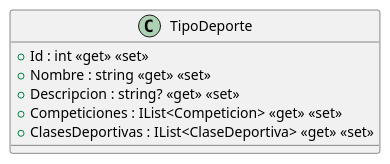
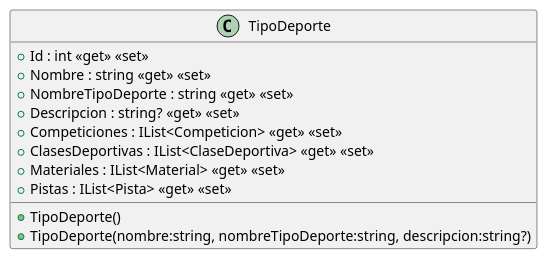
Before and after one commit to ISII26-27RJD/ISII2627-RDJ: the diagram in src/AppForSEII.API/ClassDiagram/TipoDeporte.puml, drawn with PlantUML. The commit also changed 16 other files, not shown here.

```diff
--- a/src/AppForSEII.API/ClassDiagram/TipoDeporte.puml
+++ b/src/AppForSEII.API/ClassDiagram/TipoDeporte.puml
@@ -1,9 +1,14 @@
 @startuml
 class TipoDeporte {
+    + TipoDeporte()
+    + TipoDeporte(nombre:string, nombreTipoDeporte:string, descripcion:string?)
     + Id : int <<get>> <<set>>
     + Nombre : string <<get>> <<set>>
+    + NombreTipoDeporte : string <<get>> <<set>>
     + Descripcion : string? <<get>> <<set>>
     + Competiciones : IList<Competicion> <<get>> <<set>>
     + ClasesDeportivas : IList<ClaseDeportiva> <<get>> <<set>>
+    + Materiales : IList<Material> <<get>> <<set>>
+    + Pistas : IList<Pista> <<get>> <<set>>
 }
 @enduml
```
